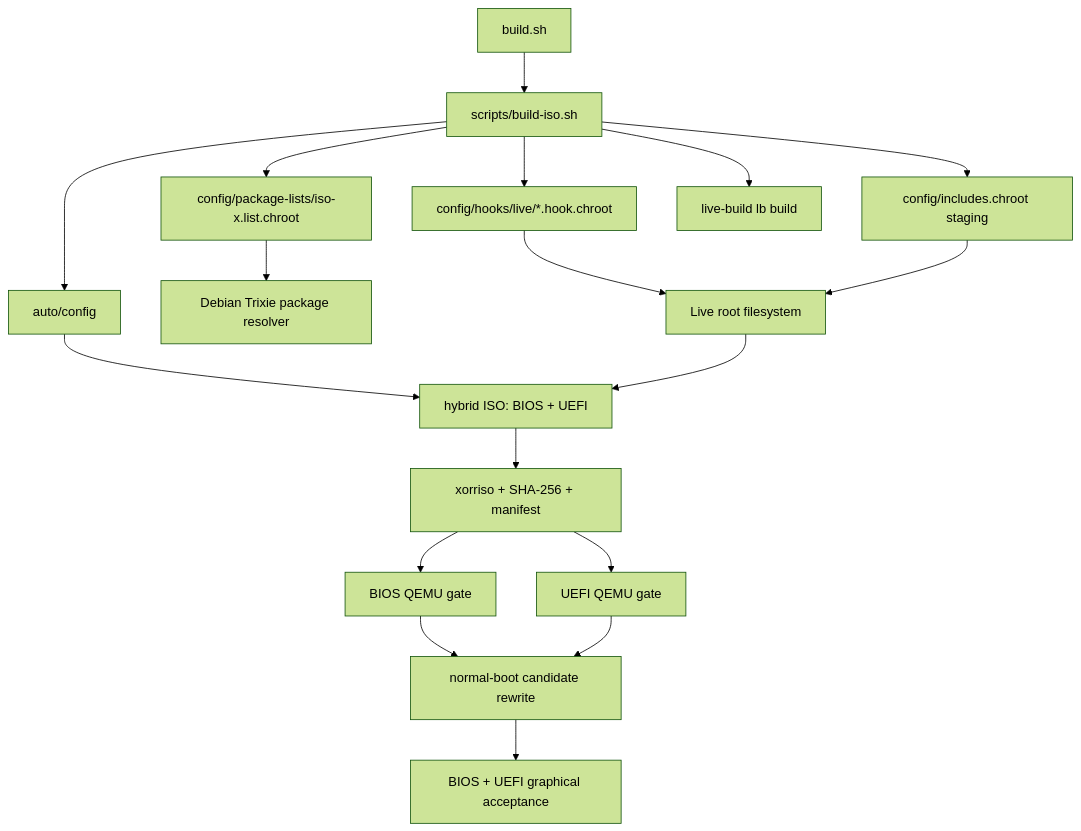
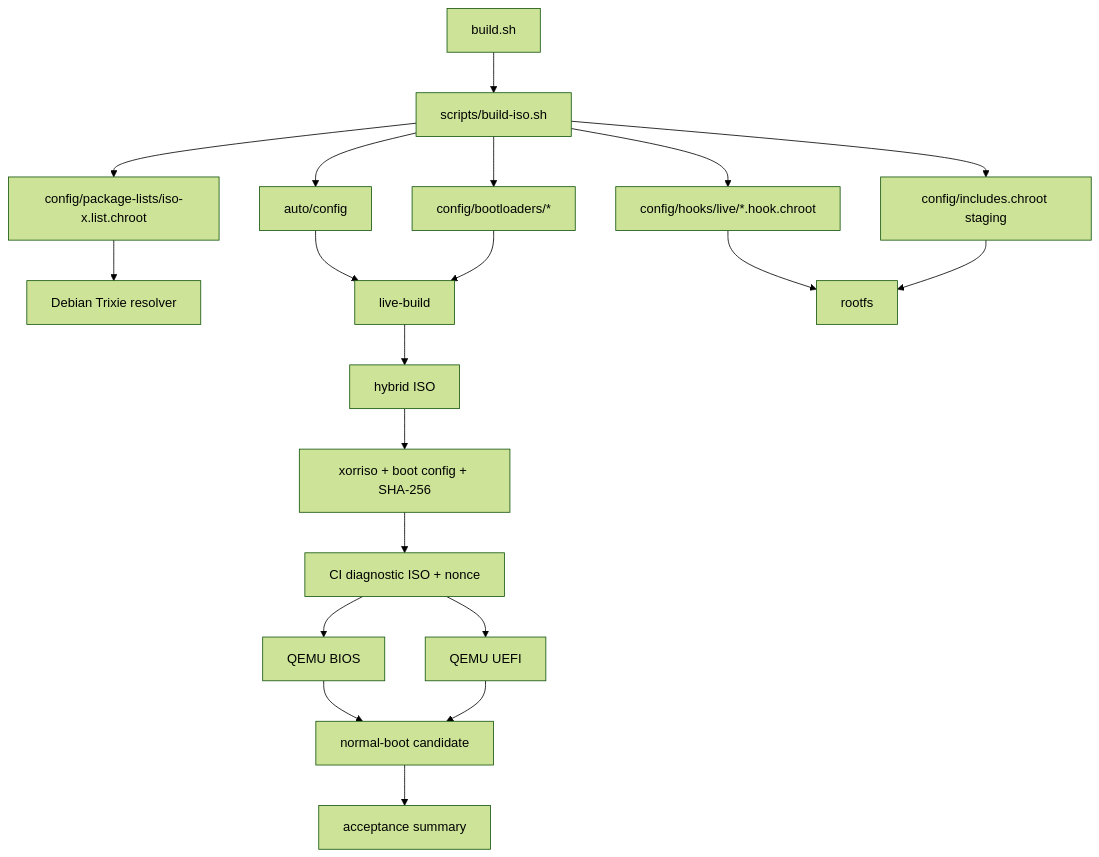
Before and after one commit to chatstaceysmart66-sys/ISO-X: the first of 5 diagrams in docs/audit/DEPENDENCY_GRAPH.md, drawn with Mermaid (forest theme). The commit also changed other lines of this file and 33 other files, not shown here.

Commit message:
Harden post-readiness ISO desktop checks

````diff
--- a/docs/audit/DEPENDENCY_GRAPH.md
+++ b/docs/audit/DEPENDENCY_GRAPH.md
@@ -9,20 +9,22 @@
 ```mermaid
 flowchart TD
-  user[build.sh] --> build[scripts/build-iso.sh]
-  build --> config[auto/config]
-  build --> pkg[config/package-lists/iso-x.list.chroot]
-  build --> stage[config/includes.chroot staging]
-  build --> hooks[config/hooks/live/*.hook.chroot]
-  build --> lb[live-build lb build]
-  pkg --> apt[Debian Trixie package resolver]
-  hooks --> rootfs[Live root filesystem]
-  stage --> rootfs
-  config --> iso[hybrid ISO: BIOS + UEFI]
-  rootfs --> iso
-  iso --> validate[xorriso + SHA-256 + manifest]
-  validate --> bios[BIOS QEMU gate]
-  validate --> uefi[UEFI QEMU gate]
-  bios --> normal[normal-boot candidate rewrite]
-  uefi --> normal
-  normal --> desktop[BIOS + UEFI graphical acceptance]
+  entry[build.sh] --> builder[scripts/build-iso.sh]
+  builder --> liveconfig[auto/config]
+  builder --> packages[config/package-lists/iso-x.list.chroot]
+  builder --> boot[config/bootloaders/*]
+  builder --> staged[config/includes.chroot staging]
+  builder --> hooks[config/hooks/live/*.hook.chroot]
+  packages --> apt[Debian Trixie resolver]
+  liveconfig --> livebuild[live-build]
+  boot --> livebuild
+  hooks --> rootfs[rootfs]
+  staged --> rootfs
+  livebuild --> iso[hybrid ISO]
+  iso --> validate[xorriso + boot config + SHA-256]
+  validate --> diag[CI diagnostic ISO + nonce]
+  diag --> bios[QEMU BIOS]
+  diag --> uefi[QEMU UEFI]
+  bios --> promote[normal-boot candidate]
+  uefi --> promote
+  promote --> summary[acceptance summary]
 ```
````
